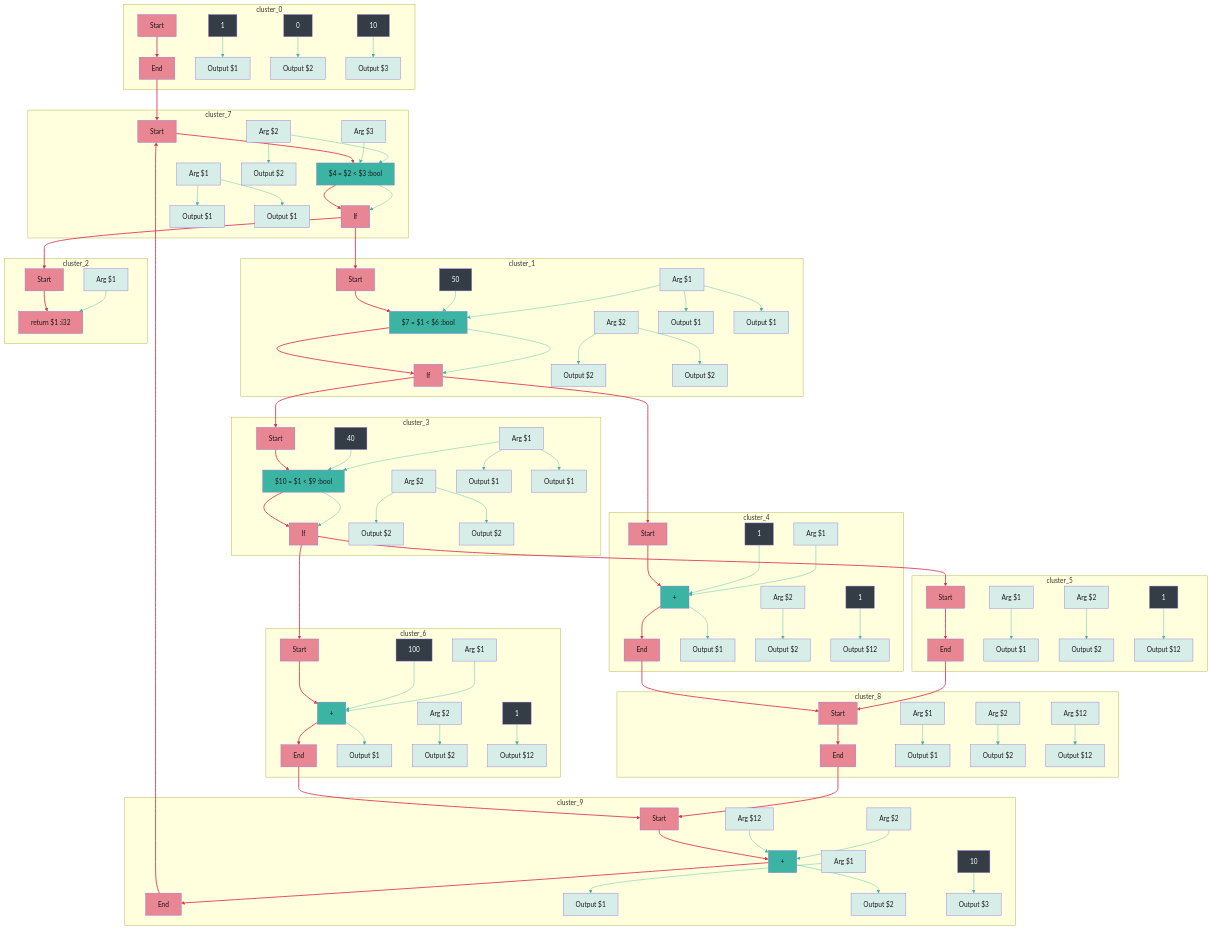
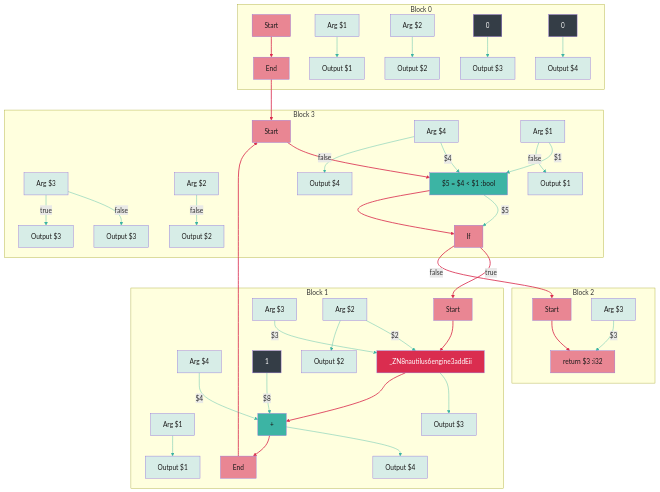
The second of 2 diagrams in docs/graphs.md (nebulastream/nautilus), drawn with Mermaid before and after one commit. The commit also changed other lines of this file and 6 other files, not shown here.

````diff
--- a/docs/graphs.md
+++ b/docs/graphs.md
@@ -14,341 +89,151 @@
 ```mermaid
 flowchart TD
-  subgraph cluster_0 
-   nodestart_0[Start]
-  style nodestart_0 fill:#e98693,color:#1a1919
-   node0_0[1]
-  style node0_0 fill:#343d46,color:white
-   node0_1[0]
-  style node0_1 fill:#343d46,color:white
-   node0_2[10]
-  style node0_2 fill:#343d46,color:white
-   node0_3[End]
-  style node0_3 fill:#e98693,color:#1a1919
-   node0_o4_0[Output $1 ]
-  style node0_o4_0 fill:#d7ede7,color:#1a1919
-   node0_o4_1[Output $2 ]
-  style node0_o4_1 fill:#d7ede7,color:#1a1919
-   node0_o4_2[Output $3 ]
-  style node0_o4_2 fill:#d7ede7,color:#1a1919
-  end
-  subgraph cluster_7 
-   nodestart_7[Start]
-  style nodestart_7 fill:#e98693,color:#1a1919
-   node7_5[Arg $1 ]
-  style node7_5 fill:#d7ede7,color:#1a1919
-   node7_6[Arg $2 ]
-  style node7_6 fill:#d7ede7,color:#1a1919
-   node7_7[Arg $3 ]
-  style node7_7 fill:#d7ede7,color:#1a1919
-   node7_8[$4 = $2 < $3 :bool]
-  style node7_8 fill:#3cb4a4,color:#1a1919
-   node7_9[If]
-  style node7_9 fill:#e98693,color:#1a1919
-   node7_o10_0[Output $1 ]
-  style node7_o10_0 fill:#d7ede7,color:#1a1919
-   node7_o10_1[Output $2 ]
-  style node7_o10_1 fill:#d7ede7,color:#1a1919
-   node7_o11_0[Output $1 ]
-  style node7_o11_0 fill:#d7ede7,color:#1a1919
-  end
-  subgraph cluster_1 
-   nodestart_1[Start]
-  style nodestart_1 fill:#e98693,color:#1a1919
-   node1_12[Arg $1 ]
-  style node1_12 fill:#d7ede7,color:#1a1919
-   node1_13[Arg $2 ]
-  style node1_13 fill:#d7ede7,color:#1a1919
-   node1_14[50]
-  style node1_14 fill:#343d46,color:white
-   node1_15[$7 = $1 < $6 :bool]
-  style node1_15 fill:#3cb4a4,color:#1a1919
-   node1_16[If]
-  style node1_16 fill:#e98693,color:#1a1919
-   node1_o17_0[Output $1 ]
-  style node1_o17_0 fill:#d7ede7,color:#1a1919
-   node1_o17_1[Output $2 ]
-  style node1_o17_1 fill:#d7ede7,color:#1a1919
-   node1_o18_0[Output $2 ]
-  style node1_o18_0 fill:#d7ede7,color:#1a1919
-   node1_o18_1[Output $1 ]
-  style node1_o18_1 fill:#d7ede7,color:#1a1919
-  end
-  subgraph cluster_3 
-   nodestart_3[Start]
-  style nodestart_3 fill:#e98693,color:#1a1919
-   node3_19[Arg $1 ]
-  style node3_19 fill:#d7ede7,color:#1a1919
-   node3_20[Arg $2 ]
-  style node3_20 fill:#d7ede7,color:#1a1919
-   node3_21[40]
-  style node3_21 fill:#343d46,color:white
-   node3_22[$10 = $1 < $9 :bool]
-  style node3_22 fill:#3cb4a4,color:#1a1919
-   node3_23[If]
-  style node3_23 fill:#e98693,color:#1a1919
-   node3_o24_0[Output $1 ]
-  style node3_o24_0 fill:#d7ede7,color:#1a1919
-   node3_o24_1[Output $2 ]
-  style node3_o24_1 fill:#d7ede7,color:#1a1919
-   node3_o25_0[Output $2 ]
-  style node3_o25_0 fill:#d7ede7,color:#1a1919
-   node3_o25_1[Output $1 ]
-  style node3_o25_1 fill:#d7ede7,color:#1a1919
-  end
-  subgraph cluster_5 
-   nodestart_5[Start]
-  style nodestart_5 fill:#e98693,color:#1a1919
-   node5_26[Arg $1 ]
-  style node5_26 fill:#d7ede7,color:#1a1919
-   node5_27[Arg $2 ]
-  style node5_27 fill:#d7ede7,color:#1a1919
-   node5_28[1]
-  style node5_28 fill:#343d46,color:white
-   node5_29[End]
-  style node5_29 fill:#e98693,color:#1a1919
-   node5_o30_0[Output $1 ]
-  style node5_o30_0 fill:#d7ede7,color:#1a1919
-   node5_o30_1[Output $2 ]
-  style node5_o30_1 fill:#d7ede7,color:#1a1919
-   node5_o30_2[Output $12 ]
-  style node5_o30_2 fill:#d7ede7,color:#1a1919
-  end
-  subgraph cluster_8 
-   nodestart_8[Start]
-  style nodestart_8 fill:#e98693,color:#1a1919
-   node8_31[Arg $1 ]
-  style node8_31 fill:#d7ede7,color:#1a1919
-   node8_32[Arg $2 ]
-  style node8_32 fill:#d7ede7,color:#1a1919
-   node8_33[Arg $12 ]
-  style node8_33 fill:#d7ede7,color:#1a1919
-   node8_34[End]
-  style node8_34 fill:#e98693,color:#1a1919
-   node8_o35_0[Output $1 ]
-  style node8_o35_0 fill:#d7ede7,color:#1a1919
-   node8_o35_1[Output $2 ]
-  style node8_o35_1 fill:#d7ede7,color:#1a1919
-   node8_o35_2[Output $12 ]
-  style node8_o35_2 fill:#d7ede7,color:#1a1919
-  end
-  subgraph cluster_9 
-   nodestart_9[Start]
-  style nodestart_9 fill:#e98693,color:#1a1919
-   node9_36[Arg $1 ]
-  style node9_36 fill:#d7ede7,color:#1a1919
-   node9_37[Arg $2 ]
-  style node9_37 fill:#d7ede7,color:#1a1919
-   node9_38[Arg $12 ]
-  style node9_38 fill:#d7ede7,color:#1a1919
-   node9_39[+]
-  style node9_39 fill:#3cb4a4,color:#1a1919
-   node9_40[10]
-  style node9_40 fill:#343d46,color:white
-   node9_41[End]
-  style node9_41 fill:#e98693,color:#1a1919
-   node9_o42_0[Output $1 ]
-  style node9_o42_0 fill:#d7ede7,color:#1a1919
-   node9_o42_1[Output $2 ]
-  style node9_o42_1 fill:#d7ede7,color:#1a1919
-   node9_o42_2[Output $3 ]
-  style node9_o42_2 fill:#d7ede7,color:#1a1919
-  end
-  subgraph cluster_6 
-   nodestart_6[Start]
-  style nodestart_6 fill:#e98693,color:#1a1919
-   node6_43[Arg $2 ]
-  style node6_43 fill:#d7ede7,color:#1a1919
-   node6_44[Arg $1 ]
-  style node6_44 fill:#d7ede7,color:#1a1919
-   node6_45[100]
-  style node6_45 fill:#343d46,color:white
-   node6_46[+]
-  style node6_46 fill:#3cb4a4,color:#1a1919
-   node6_47[1]
-  style node6_47 fill:#343d46,color:white
-   node6_48[End]
-  style node6_48 fill:#e98693,color:#1a1919
-   node6_o49_0[Output $1 ]
-  style node6_o49_0 fill:#d7ede7,color:#1a1919
-   node6_o49_1[Output $2 ]
-  style node6_o49_1 fill:#d7ede7,color:#1a1919
-   node6_o49_2[Output $12 ]
-  style node6_o49_2 fill:#d7ede7,color:#1a1919
-  end
-  subgraph cluster_4 
-   nodestart_4[Start]
-  style nodestart_4 fill:#e98693,color:#1a1919
-   node4_50[Arg $2 ]
-  style node4_50 fill:#d7ede7,color:#1a1919
-   node4_51[Arg $1 ]
-  style node4_51 fill:#d7ede7,color:#1a1919
-   node4_52[1]
-  style node4_52 fill:#343d46,color:white
-   node4_53[+]
-  style node4_53 fill:#3cb4a4,color:#1a1919
-   node4_54[1]
-  style node4_54 fill:#343d46,color:white
-   node4_55[End]
-  style node4_55 fill:#e98693,color:#1a1919
-   node4_o56_0[Output $1 ]
-  style node4_o56_0 fill:#d7ede7,color:#1a1919
-   node4_o56_1[Output $2 ]
-  style node4_o56_1 fill:#d7ede7,color:#1a1919
-   node4_o56_2[Output $12 ]
-  style node4_o56_2 fill:#d7ede7,color:#1a1919
-  end
-  subgraph cluster_2 
-   nodestart_2[Start]
-  style nodestart_2 fill:#e98693,color:#1a1919
-   node2_57[Arg $1 ]
-  style node2_57 fill:#d7ede7,color:#1a1919
-   node2_58[return  $1  :i32]
-  style node2_58 fill:#e98693,color:#1a1919
-  end
-  node0_0 --> node0_o4_0
-  linkStyle 0 stroke:#3cb4a4,stroke-width:1px
-  node0_1 --> node0_o4_1
-  linkStyle 1 stroke:#3cb4a4,stroke-width:1px
-  node0_2 --> node0_o4_2
-  linkStyle 2 stroke:#3cb4a4,stroke-width:1px
-  node7_6 --> node7_8
-  linkStyle 3 stroke:#3cb4a4,stroke-width:1px
-  node7_7 --> node7_8
-  linkStyle 4 stroke:#3cb4a4,stroke-width:1px
-  node7_8 --> node7_9
-  linkStyle 5 stroke:#3cb4a4,stroke-width:1px
-  node7_5 --> node7_o10_0
-  linkStyle 6 stroke:#3cb4a4,stroke-width:1px
-  node7_6 --> node7_o10_1
-  linkStyle 7 stroke:#3cb4a4,stroke-width:1px
-  node7_5 --> node7_o11_0
-  linkStyle 8 stroke:#3cb4a4,stroke-width:1px
-  node1_12 --> node1_15
-  linkStyle 9 stroke:#3cb4a4,stroke-width:1px
-  node1_14 --> node1_15
-  linkStyle 10 stroke:#3cb4a4,stroke-width:1px
-  node1_15 --> node1_16
-  linkStyle 11 stroke:#3cb4a4,stroke-width:1px
-  node1_12 --> node1_o17_0
-  linkStyle 12 stroke:#3cb4a4,stroke-width:1px
-  node1_13 --> node1_o17_1
-  linkStyle 13 stroke:#3cb4a4,stroke-width:1px
-  node1_13 --> node1_o18_0
-  linkStyle 14 stroke:#3cb4a4,stroke-width:1px
-  node1_12 --> node1_o18_1
-  linkStyle 15 stroke:#3cb4a4,stroke-width:1px
-  node3_19 --> node3_22
-  linkStyle 16 stroke:#3cb4a4,stroke-width:1px
-  node3_21 --> node3_22
-  linkStyle 17 stroke:#3cb4a4,stroke-width:1px
-  node3_22 --> node3_23
-  linkStyle 18 stroke:#3cb4a4,stroke-width:1px
-  node3_19 --> node3_o24_0
-  linkStyle 19 stroke:#3cb4a4,stroke-width:1px
-  node3_20 --> node3_o24_1
-  linkStyle 20 stroke:#3cb4a4,stroke-width:1px
-  node3_20 --> node3_o25_0
-  linkStyle 21 stroke:#3cb4a4,stroke-width:1px
-  node3_19 --> node3_o25_1
-  linkStyle 22 stroke:#3cb4a4,stroke-width:1px
-  node5_26 --> node5_o30_0
-  linkStyle 23 stroke:#3cb4a4,stroke-width:1px
-  node5_27 --> node5_o30_1
-  linkStyle 24 stroke:#3cb4a4,stroke-width:1px
-  node5_28 --> node5_o30_2
-  linkStyle 25 stroke:#3cb4a4,stroke-width:1px
-  node8_31 --> node8_o35_0
-  linkStyle 26 stroke:#3cb4a4,stroke-width:1px
-  node8_32 --> node8_o35_1
-  linkStyle 27 stroke:#3cb4a4,stroke-width:1px
-  node8_33 --> node8_o35_2
-  linkStyle 28 stroke:#3cb4a4,stroke-width:1px
-  node9_37 --> node9_39
-  linkStyle 29 stroke:#3cb4a4,stroke-width:1px
-  node9_38 --> node9_39
-  linkStyle 30 stroke:#3cb4a4,stroke-width:1px
-  node9_36 --> node9_o42_0
-  linkStyle 31 stroke:#3cb4a4,stroke-width:1px
-  node9_39 --> node9_o42_1
-  linkStyle 32 stroke:#3cb4a4,stroke-width:1px
-  node9_40 --> node9_o42_2
-  linkStyle 33 stroke:#3cb4a4,stroke-width:1px
-  node6_44 --> node6_46
-  linkStyle 34 stroke:#3cb4a4,stroke-width:1px
-  node6_45 --> node6_46
-  linkStyle 35 stroke:#3cb4a4,stroke-width:1px
-  node6_46 --> node6_o49_0
-  linkStyle 36 stroke:#3cb4a4,stroke-width:1px
-  node6_43 --> node6_o49_1
-  linkStyle 37 stroke:#3cb4a4,stroke-width:1px
-  node6_47 --> node6_o49_2
-  linkStyle 38 stroke:#3cb4a4,stroke-width:1px
-  node4_51 --> node4_53
-  linkStyle 39 stroke:#3cb4a4,stroke-width:1px
-  node4_52 --> node4_53
-  linkStyle 40 stroke:#3cb4a4,stroke-width:1px
-  node4_53 --> node4_o56_0
-  linkStyle 41 stroke:#3cb4a4,stroke-width:1px
-  node4_50 --> node4_o56_1
-  linkStyle 42 stroke:#3cb4a4,stroke-width:1px
-  node4_54 --> node4_o56_2
-  linkStyle 43 stroke:#3cb4a4,stroke-width:1px
-  node2_57 --> node2_58
-  linkStyle 44 stroke:#3cb4a4,stroke-width:1px
-  nodestart_0 --> node0_3
-  linkStyle 45 stroke:#da2d4f,stroke-width:2px
-  node0_3 --> nodestart_7
-  linkStyle 46 stroke:#da2d4f,stroke-width:2px
-  nodestart_7 --> node7_8
-  linkStyle 47 stroke:#da2d4f,stroke-width:2px
-  node7_8 --> node7_9
-  linkStyle 48 stroke:#da2d4f,stroke-width:2px
-  node7_9 --> nodestart_1
-  linkStyle 49 stroke:#da2d4f,stroke-width:2px
-  node7_9 --> nodestart_2
-  linkStyle 50 stroke:#da2d4f,stroke-width:2px
-  nodestart_1 --> node1_15
-  linkStyle 51 stroke:#da2d4f,stroke-width:2px
-  node1_15 --> node1_16
-  linkStyle 52 stroke:#da2d4f,stroke-width:2px
-  node1_16 --> nodestart_3
-  linkStyle 53 stroke:#da2d4f,stroke-width:2px
-  node1_16 --> nodestart_4
-  linkStyle 54 stroke:#da2d4f,stroke-width:2px
-  nodestart_3 --> node3_22
-  linkStyle 55 stroke:#da2d4f,stroke-width:2px
-  node3_22 --> node3_23
-  linkStyle 56 stroke:#da2d4f,stroke-width:2px
-  node3_23 --> nodestart_5
-  linkStyle 57 stroke:#da2d4f,stroke-width:2px
-  node3_23 --> nodestart_6
-  linkStyle 58 stroke:#da2d4f,stroke-width:2px
-  nodestart_5 --> node5_29
-  linkStyle 59 stroke:#da2d4f,stroke-width:2px
-  node5_29 --> nodestart_8
-  linkStyle 60 stroke:#da2d4f,stroke-width:2px
-  nodestart_8 --> node8_34
-  linkStyle 61 stroke:#da2d4f,stroke-width:2px
-  node8_34 --> nodestart_9
-  linkStyle 62 stroke:#da2d4f,stroke-width:2px
-  nodestart_9 --> node9_39
-  linkStyle 63 stroke:#da2d4f,stroke-width:2px
-  node9_39 --> node9_41
-  linkStyle 64 stroke:#da2d4f,stroke-width:2px
-  node9_41 --> nodestart_7
-  linkStyle 65 stroke:#da2d4f,stroke-width:2px
-  nodestart_6 --> node6_46
-  linkStyle 66 stroke:#da2d4f,stroke-width:2px
-  node6_46 --> node6_48
-  linkStyle 67 stroke:#da2d4f,stroke-width:2px
-  node6_48 --> nodestart_9
-  linkStyle 68 stroke:#da2d4f,stroke-width:2px
-  nodestart_4 --> node4_53
-  linkStyle 69 stroke:#da2d4f,stroke-width:2px
-  node4_53 --> node4_55
-  linkStyle 70 stroke:#da2d4f,stroke-width:2px  
-  node4_55 --> nodestart_8
-  linkStyle 71 stroke:#da2d4f,stroke-width:2px
-  nodestart_2 --> node2_58
-  linkStyle 72 stroke:#da2d4f,stroke-width:2px
+    subgraph cluster_0[Block 0]
+        nodestart_0[Start]
+        style nodestart_0 fill: #e98693, color: #1a1919
+        node0_0[Arg $1]
+        style node0_0 fill: #d7ede7, color: #1a1919
+        node0_1[Arg $2]
+        style node0_1 fill: #d7ede7, color: #1a1919
+        node0_2[0]
+        style node0_2 fill: #343d46, color: white
+        node0_3[0]
+        style node0_3 fill: #343d46, color: white
+        node0_4[End]
+        style node0_4 fill: #e98693, color: #1a1919
+        node0_o5_0[Output $3]
+        style node0_o5_0 fill: #d7ede7, color: #1a1919
+        node0_o5_1[Output $4]
+        style node0_o5_1 fill: #d7ede7, color: #1a1919
+        node0_o5_2[Output $1]
+        style node0_o5_2 fill: #d7ede7, color: #1a1919
+        node0_o5_3[Output $2]
+        style node0_o5_3 fill: #d7ede7, color: #1a1919
+    end
+    subgraph cluster_3[Block 3]
+        nodestart_3[Start]
+        style nodestart_3 fill: #e98693, color: #1a1919
+        node3_6[Arg $3]
+        style node3_6 fill: #d7ede7, color: #1a1919
+        node3_7[Arg $4]
+        style node3_7 fill: #d7ede7, color: #1a1919
+        node3_8[Arg $1]
+        style node3_8 fill: #d7ede7, color: #1a1919
+        node3_9[Arg $2]
+        style node3_9 fill: #d7ede7, color: #1a1919
+        node3_10[$5 = $4 < $1 :bool]
+        style node3_10 fill: #3cb4a4, color: #1a1919
+        node3_11[If]
+        style node3_11 fill: #e98693, color: #1a1919
+        node3_o12_0[Output $1]
+        style node3_o12_0 fill: #d7ede7, color: #1a1919
+        node3_o12_1[Output $4]
+        style node3_o12_1 fill: #d7ede7, color: #1a1919
+        node3_o12_2[Output $3]
+        style node3_o12_2 fill: #d7ede7, color: #1a1919
+        node3_o12_3[Output $2]
+        style node3_o12_3 fill: #d7ede7, color: #1a1919
+        node3_o13_0[Output $3]
+        style node3_o13_0 fill: #d7ede7, color: #1a1919
+    end
+subgraph cluster_1[Block 1]
+nodestart_1[Start]
+style nodestart_1 fill: #e98693, color: #1a1919
+node1_14[Arg $1]
+style node1_14 fill: #d7ede7, color: #1a1919
+node1_15[Arg $4]
+style node1_15 fill: #d7ede7, color: #1a1919
+node1_16[Arg $3]
+style node1_16 fill: #d7ede7, color: #1a1919
+node1_17[Arg $2]
+style node1_17 fill: #d7ede7, color: #1a1919
+node1_18[_ZN8nautilus6engine3addEii]
+style node1_18 fill: #da2d4f, color: white
+node1_19[1]
+style node1_19 fill: #343d46, color: white
+node1_20[#plus;]
+style node1_20 fill: #3cb4a4, color:#1a1919
+node1_21[End]
+style node1_21 fill: #e98693, color: #1a1919
+node1_o22_0[Output $3]
+style node1_o22_0 fill: #d7ede7, color: #1a1919
+node1_o22_1[Output $4]
+style node1_o22_1 fill: #d7ede7, color: #1a1919
+node1_o22_2[Output $1]
+style node1_o22_2 fill: #d7ede7, color: #1a1919
+node1_o22_3[Output $2]
+style node1_o22_3 fill: #d7ede7, color: #1a1919
+end
+subgraph cluster_2[Block 2]
+nodestart_2[Start]
+style nodestart_2 fill: #e98693, color: #1a1919
+node2_23[Arg $3]
+style node2_23 fill: #d7ede7, color: #1a1919
+node2_24[return $3 :i32]
+style node2_24 fill: #e98693, color: #1a1919
+end
+node0_2 --> node0_o5_0
+linkStyle 0 stroke: #3cb4a4,stroke-width: 1px
+node0_3 --> node0_o5_1
+linkStyle 1 stroke: #3cb4a4, stroke-width: 1px
+node0_0 --> node0_o5_2
+linkStyle 2 stroke: #3cb4a4, stroke-width:1px
+node0_1 --> node0_o5_3
+linkStyle 3 stroke:#3cb4a4, stroke-width: 1px
+node3_7-- $4 --> node3_10
+linkStyle 4 stroke: #3cb4a4, stroke-width:1px
+node3_8-- $1 --> node3_10
+linkStyle 5 stroke: #3cb4a4, stroke-width: 1px
+node3_10--$5 --> node3_11
+linkStyle 6 stroke: #3cb4a4,stroke-width: 1px
+node3_8-- false --> node3_o12_0
+linkStyle 7 stroke: #3cb4a4, stroke-width: 1px
+node3_7-- false --> node3_o12_1
+linkStyle 8 stroke:#3cb4a4, stroke-width: 1px
+node3_6-- false --> node3_o12_2
+linkStyle 9 stroke: #3cb4a4, stroke-width:1px
+node3_9-- false --> node3_o12_3
+linkStyle 10 stroke: #3cb4a4, stroke-width: 1px
+node3_6--true --> node3_o13_0
+linkStyle 11 stroke: #3cb4a4,stroke-width: 1px
+node1_16-- $3 --> node1_18
+linkStyle 12 stroke: #3cb4a4, stroke-width: 1px
+node1_17-- $2 --> node1_18
+linkStyle 13 stroke:#3cb4a4, stroke-width: 1px
+node1_15-- $4 --> node1_20
+linkStyle 14 stroke: #3cb4a4, stroke-width:1px
+node1_19-- $8 --> node1_20
+linkStyle 15 stroke: #3cb4a4, stroke-width: 1px
+node1_18 --> node1_o22_0
+linkStyle 16 stroke: #3cb4a4, stroke-width:1px
+node1_20 --> node1_o22_1
+linkStyle 17 stroke:#3cb4a4, stroke-width: 1px
+node1_14 --> node1_o22_2
+linkStyle 18 stroke: #3cb4a4, stroke-width: 1px
+node1_17 --> node1_o22_3
+linkStyle 19 stroke: #3cb4a4,stroke-width: 1px
+node2_23-- $3 --> node2_24
+linkStyle 20 stroke: #3cb4a4, stroke-width: 1px
+nodestart_0 --> node0_4
+linkStyle 21 stroke: #da2d4f,stroke-width: 2px
+node0_4 --> nodestart_3
+linkStyle 22 stroke: #da2d4f, stroke-width: 2px
+nodestart_3 --> node3_10
+linkStyle 23 stroke: #da2d4f, stroke-width:2px
+node3_10 --> node3_11
+linkStyle 24 stroke:#da2d4f, stroke-width: 2px
+node3_11-- true --> nodestart_1
+linkStyle 25 stroke: #da2d4f, stroke-width:2px
+node3_11-- false --> nodestart_2
+linkStyle 26 stroke: #da2d4f, stroke-width: 2px
+nodestart_1 --> node1_18
+linkStyle 27 stroke: #da2d4f, stroke-width:2px
+node1_18 --> node1_20
+linkStyle 28 stroke:#da2d4f, stroke-width: 2px
+node1_20 --> node1_21
+linkStyle 29 stroke: #da2d4f, stroke-width: 2px
+node1_21 --> nodestart_3
+linkStyle 30 stroke: #da2d4f,stroke-width: 2px
+nodestart_2 --> node2_24
+linkStyle 31 stroke: #da2d4f, stroke-width: 2px
 ```
````
